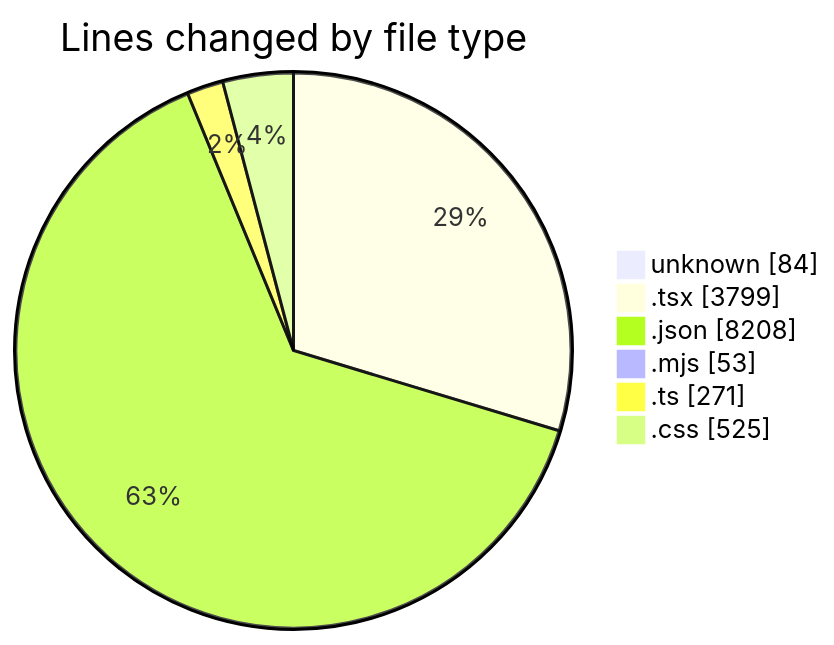
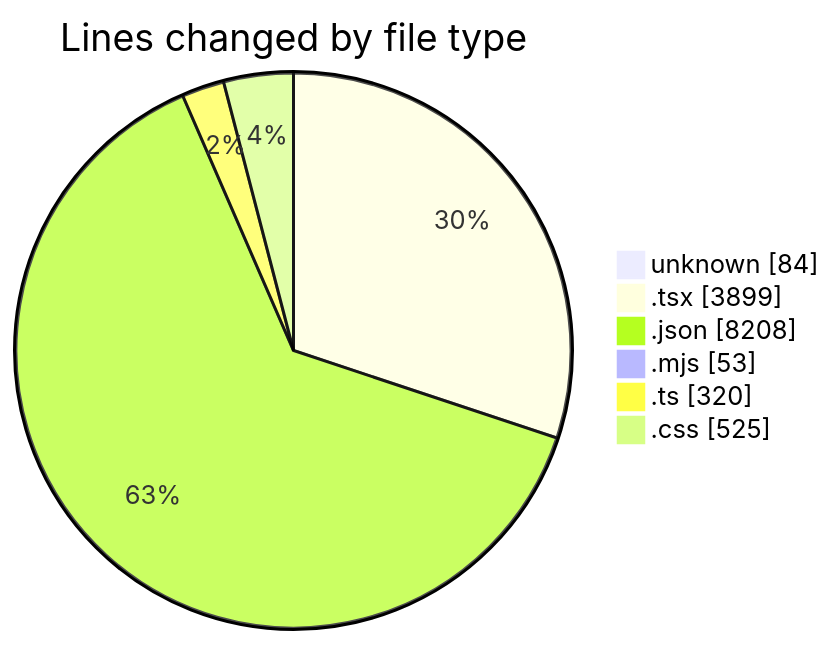
The first of 2 diagrams in 2025-05-15/niten/README.md (Elitesun/code-tracking), drawn with Mermaid before and after one commit. The commit also changed other lines of this file and 1 other file, not shown here.

````diff
--- a/2025-05-15/niten/README.md
+++ b/2025-05-15/niten/README.md
@@ -45,10 +45,10 @@
 ```mermaid
 pie showData
 title Lines changed by file type
 "unknown" : 84
-".tsx" : 3799
+".tsx" : 3899
 ".json" : 8208
 ".mjs" : 53
-".ts" : 271
+".ts" : 320
 ".css" : 525
 ```
````
